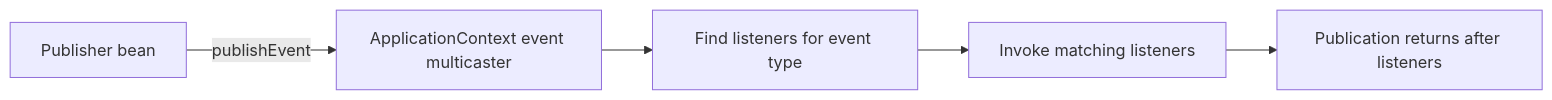
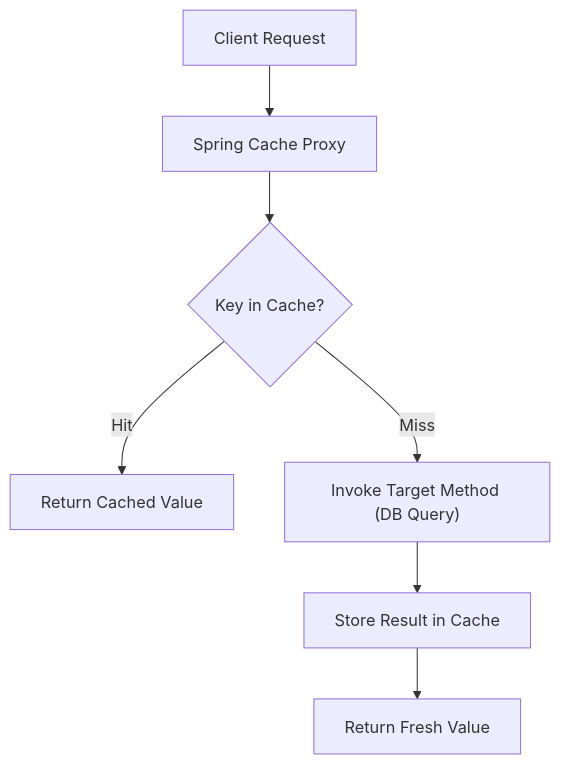
Before and after one commit to ravishankar2463/java_hub: the third of 4 diagrams in content/roadmap/level-8/spring-events-caching-scheduling.md, drawn with Mermaid. The commit also changed other lines of this file, not shown here.

Commit message:
docs(level-8): overhaul spring events caching and scheduling with human voice, transaction phases, and shedlock

````diff
--- a/content/roadmap/level-8/spring-events-caching-scheduling.md
+++ b/content/roadmap/level-8/spring-events-caching-scheduling.md
@@ -56,7 +149,9 @@
 ```mermaid
-flowchart LR
-    publisher["Publisher bean"] -->|publishEvent| context["ApplicationContext event multicaster"]
-    context --> match["Find listeners for event type"]
-    match --> invoke["Invoke matching listeners"]
-    invoke --> complete["Publication returns after listeners"]
+flowchart TD
+    Client["Client Request"] --> CacheProxy["Spring Cache Proxy"]
+    CacheProxy --> Check{"Key in Cache?"}
+    Check -->|Hit| ReturnCached["Return Cached Value"]
+    Check -->|Miss| InvokeMethod["Invoke Target Method (DB Query)"]
+    InvokeMethod --> Store["Store Result in Cache"]
+    Store --> ReturnNew["Return Fresh Value"]
 ```
````
